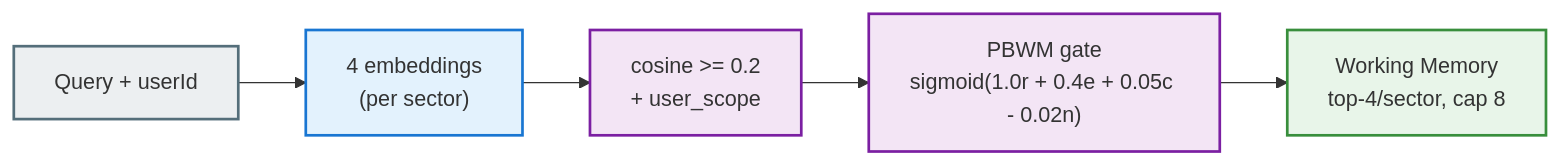
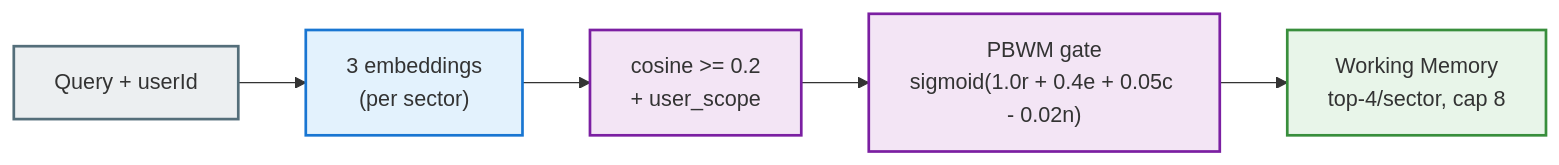
One commit to ekailabs/ekai-gateway changed the third of 4 diagrams in memory/README.md. Above: the diagram before and after it, drawn with Mermaid. The commit also changed other lines of this file and 16 other files, not shown here.

````diff
--- a/memory/README.md
+++ b/memory/README.md
@@ -244,15 +280,15 @@
 ```mermaid
 graph LR
   classDef i fill:#eceff1,stroke:#546e7a,stroke-width:2px
   classDef p fill:#e3f2fd,stroke:#1976d2,stroke-width:2px
   classDef e fill:#f3e5f5,stroke:#7b1fa2,stroke-width:2px
   classDef o fill:#e8f5e9,stroke:#388e3c,stroke-width:2px
 
   Q["Query + userId"]:::i
-  EMB["4 embeddings<br>(per sector)"]:::p
+  EMB["3 embeddings<br>(per sector)"]:::p
   F["cosine >= 0.2<br>+ user_scope"]:::e
   G["PBWM gate<br>sigmoid(1.0r + 0.4e + 0.05c - 0.02n)"]:::e
   W["Working Memory<br>top-4/sector, cap 8"]:::o
 
   Q --> EMB --> F --> G --> W
 ```
````
